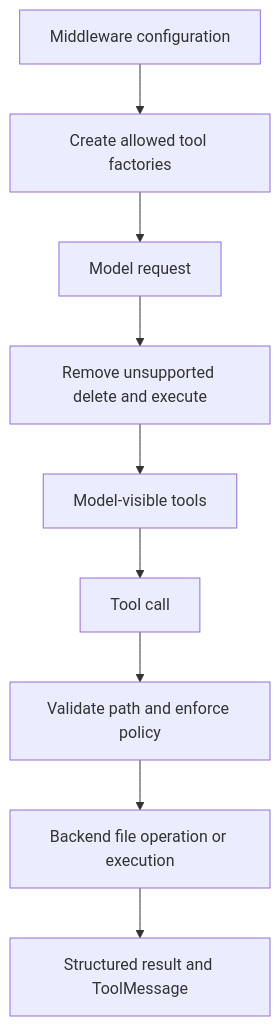
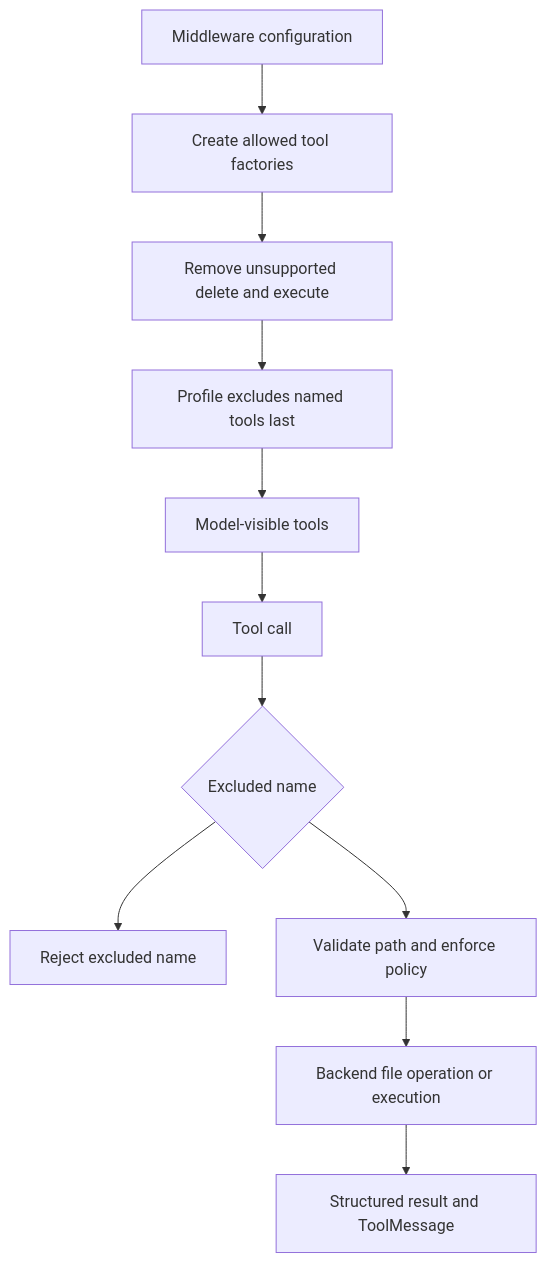
The first of 3 diagrams in openwiki/concepts/tools-filesystem.md (langchain-ai/deepagents), drawn with Mermaid before and after one commit. The commit also changed other lines of this file and 47 other files, not shown here.

````diff
--- a/openwiki/concepts/tools-filesystem.md
+++ b/openwiki/concepts/tools-filesystem.md
@@ -45,11 +35,13 @@
 ```mermaid
 flowchart TD
     Config["Middleware configuration"] --> Factories["Create allowed tool factories"]
-    Factories --> Request["Model request"]
-    Request --> Capability["Remove unsupported delete and execute"]
-    Capability --> Model["Model-visible tools"]
+    Factories --> Capability["Remove unsupported delete and execute"]
+    Capability --> Exclusion["Profile excludes named tools last"]
+    Exclusion --> Model["Model-visible tools"]
     Model --> Call["Tool call"]
-    Call --> Guard["Validate path and enforce policy"]
+    Call --> Check{"Excluded name"}
+    Check --> Reject["Reject excluded name"]
+    Check --> Guard["Validate path and enforce policy"]
     Guard --> Backend["Backend file operation or execution"]
     Backend --> Result["Structured result and ToolMessage"]
 ```
````
